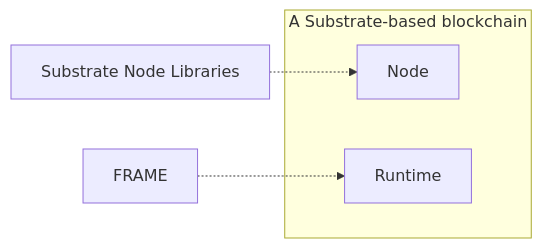
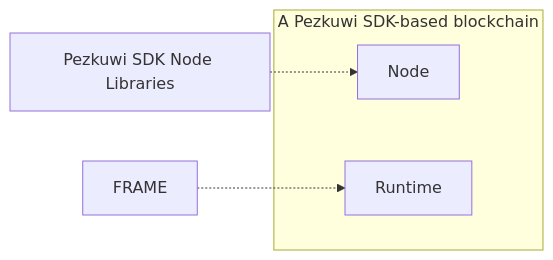
One commit to pezkuwichain/pezkuwi-sdk changed the diagram in docs/mermaid/pezkuwi_sdk_substrate.mmd. Above: the diagram before and after it, drawn with Mermaid. The commit also changed 15 other files, not shown here.

```diff
--- a/docs/mermaid/pezkuwi_sdk_substrate.mmd
+++ b/docs/mermaid/pezkuwi_sdk_substrate.mmd
@@ -1,8 +1,8 @@
 flowchart LR
-	subgraph SubstrateChain[A Substrate-based blockchain]
+	subgraph PezkuwiSDKChain[A Pezkuwi SDK-based blockchain]
 		Node
 		Runtime
 	end
 
     FRAME -.-> Runtime
-    Substrate[Substrate Node Libraries] -.-> Node
+    PezkuwiSDK[Pezkuwi SDK Node Libraries] -.-> Node
```
